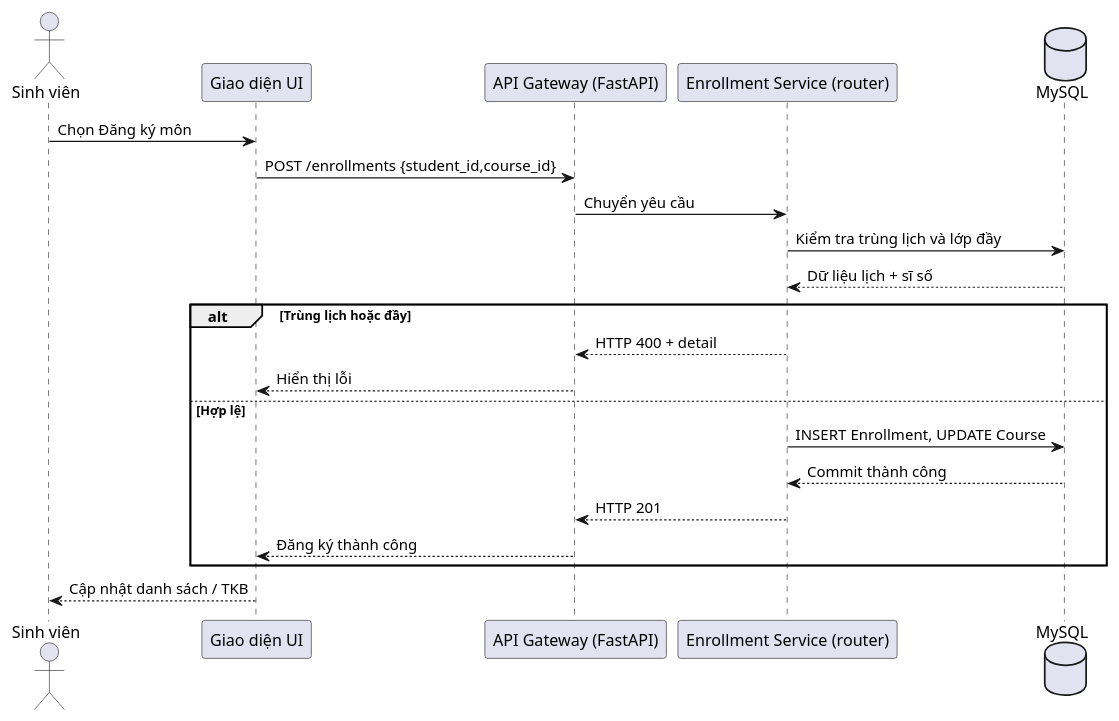
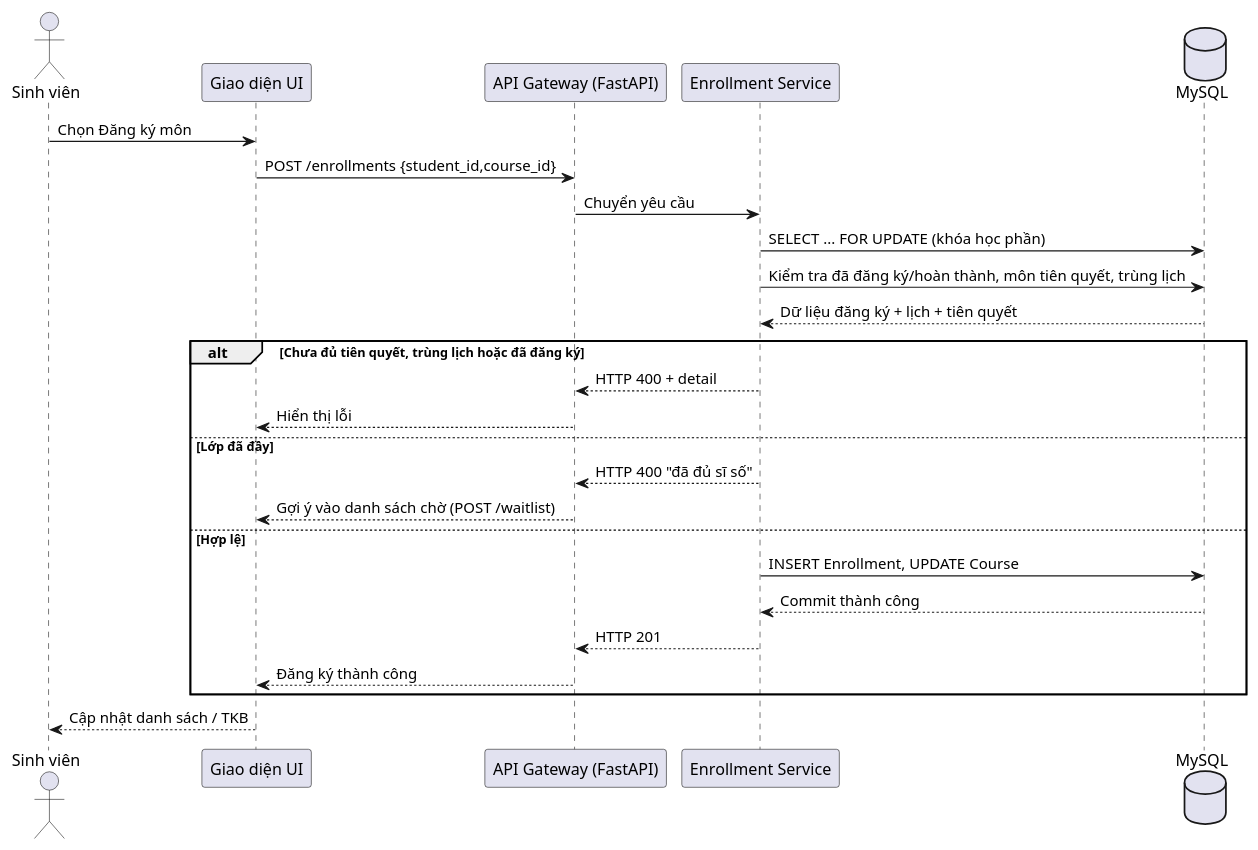
The diagram in docs/sequence.puml (minhduc23333/quanlisinhvienthietkephanmem), drawn with PlantUML before and after one commit. The commit also changed 91 other files, not shown here.

```diff
--- a/docs/sequence.puml
+++ b/docs/sequence.puml
@@ -1,22 +1,26 @@
 @startuml
 actor "Sinh viên" as S
 participant "Giao diện UI" as UI
 participant "API Gateway (FastAPI)" as GW
-participant "Enrollment Service (router)" as ES
+participant "Enrollment Service" as ES
 database "MySQL" as DB
 S -> UI: Chọn Đăng ký môn
 UI -> GW: POST /enrollments {student_id,course_id}
 GW -> ES: Chuyển yêu cầu
-ES -> DB: Kiểm tra trùng lịch và lớp đầy
-DB --> ES: Dữ liệu lịch + sĩ số
-alt Trùng lịch hoặc đầy
+ES -> DB: SELECT ... FOR UPDATE (khóa học phần)
+ES -> DB: Kiểm tra đã đăng ký/hoàn thành, môn tiên quyết, trùng lịch
+DB --> ES: Dữ liệu đăng ký + lịch + tiên quyết
+alt Chưa đủ tiên quyết, trùng lịch hoặc đã đăng ký
   ES --> GW: HTTP 400 + detail
   GW --> UI: Hiển thị lỗi
+else Lớp đã đầy
+  ES --> GW: HTTP 400 "đã đủ sĩ số"
+  GW --> UI: Gợi ý vào danh sách chờ (POST /waitlist)
 else Hợp lệ
   ES -> DB: INSERT Enrollment, UPDATE Course
   DB --> ES: Commit thành công
   ES --> GW: HTTP 201
   GW --> UI: Đăng ký thành công
 end
 UI --> S: Cập nhật danh sách / TKB
 @enduml
```
